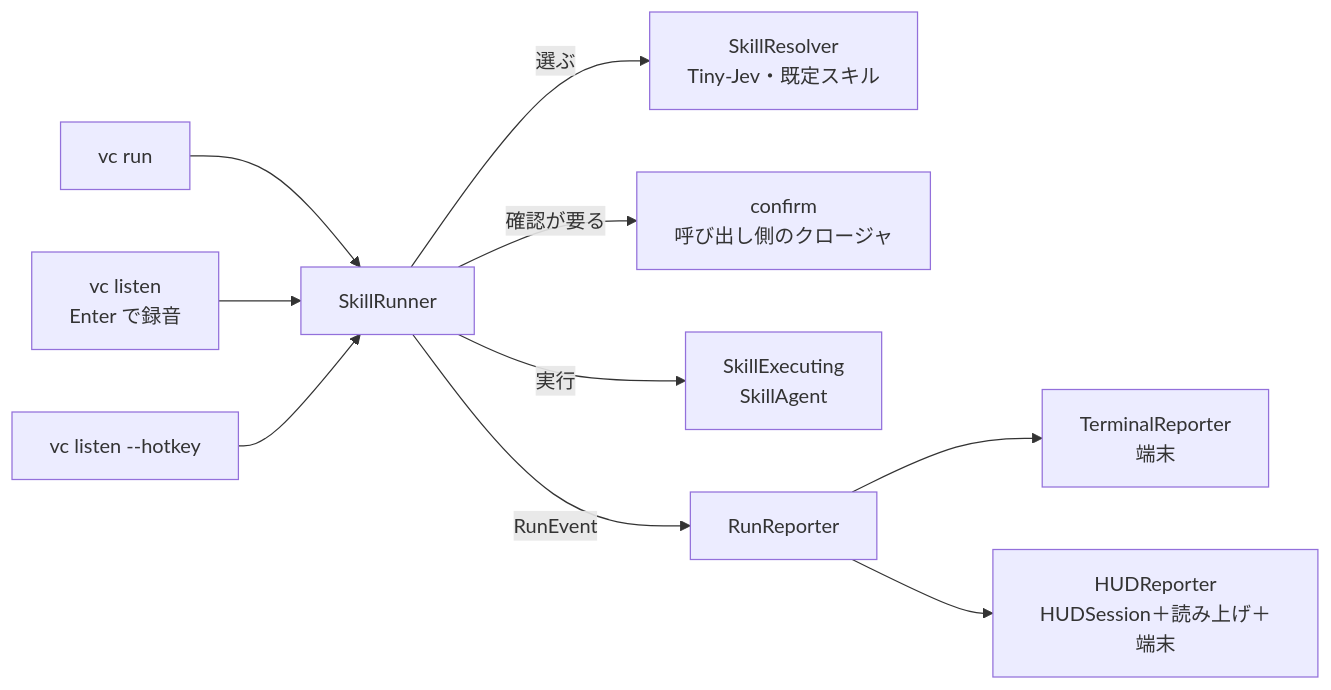
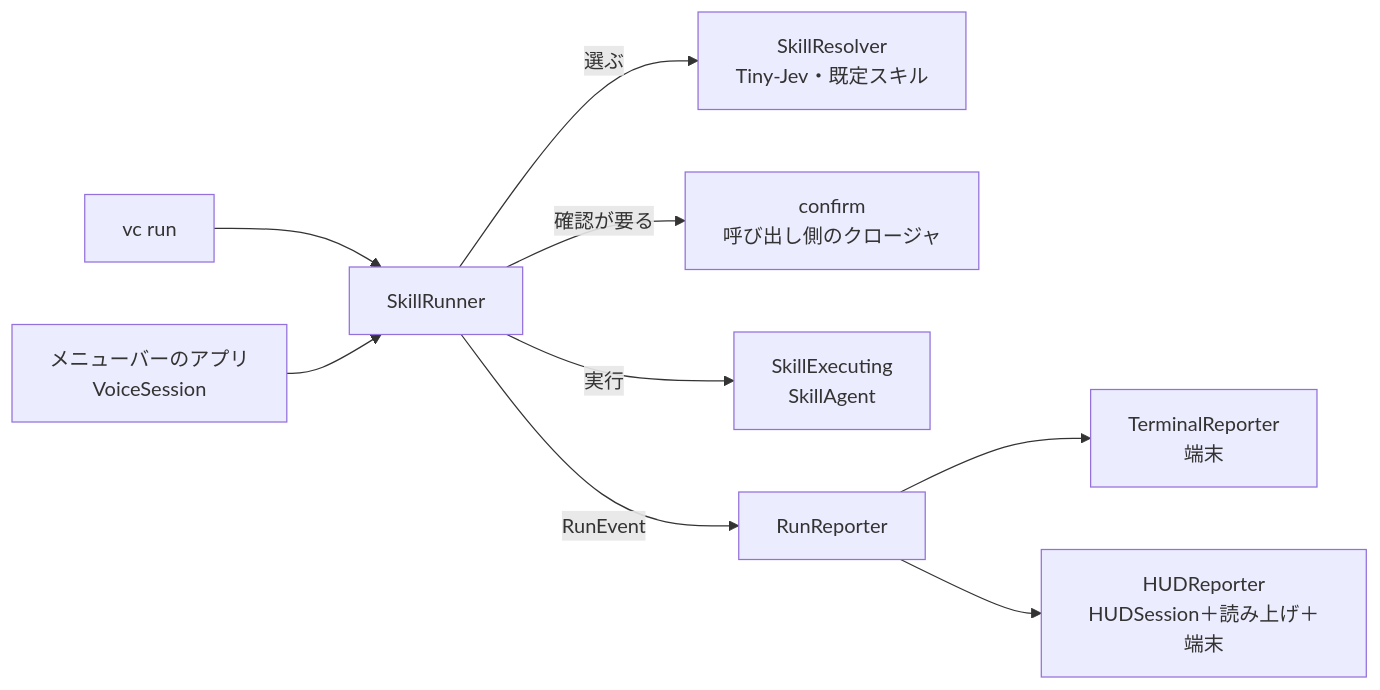
Before and after one commit to takemo101/voice-control: the second of 2 diagrams in docs/architecture.md, drawn with Mermaid. The commit also changed other lines of this file and 85 other files, not shown here.

````diff
--- a/docs/architecture.md
+++ b/docs/architecture.md
@@ -61,12 +61,11 @@
 ```mermaid
 flowchart LR
     Run[vc run] --> R[SkillRunner]
-    Enter[vc listen<br/>Enter で録音] --> R
-    Listen[vc listen --hotkey] --> R
+    App[メニューバーのアプリ<br/>VoiceSession] --> R
     R -->|選ぶ| Res[SkillResolver<br/>Tiny-Jev・既定スキル]
     R -->|確認が要る| C[confirm<br/>呼び出し側のクロージャ]
     R -->|実行| E[SkillExecuting<br/>SkillAgent]
     R -->|RunEvent| P[RunReporter]
     P --> T[TerminalReporter<br/>端末]
     P --> H[HUDReporter<br/>HUDSession＋読み上げ＋端末]
 ```
````
